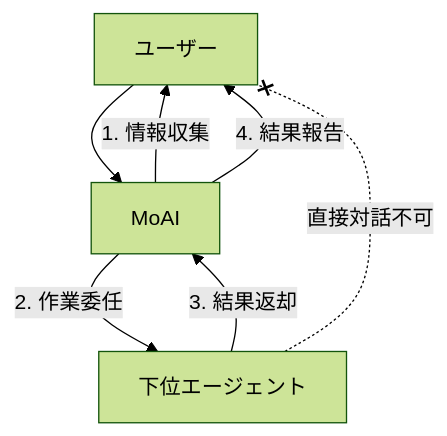
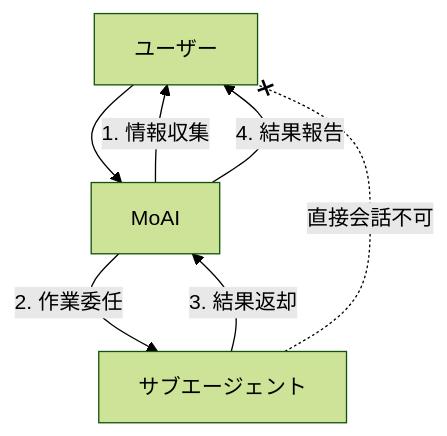
Before and after one commit to modu-ai/moai-adk: the second of 4 diagrams in docs-site/content/ja/advanced/claude-md-guide.md, drawn with Mermaid (forest theme). The commit also changed other lines of this file and 395 other files, not shown here.

````diff
--- a/docs-site/content/ja/advanced/claude-md-guide.md
+++ b/docs-site/content/ja/advanced/claude-md-guide.md
@@ -140,11 +144,11 @@
 ```mermaid
 flowchart TD
     USER["ユーザー"] --> MOAI["MoAI"]
     MOAI -->|"1. 情報収集"| USER
-    MOAI -->|"2. 作業委任"| AGENT["下位エージェント"]
+    MOAI -->|"2. 作業委任"| AGENT["サブエージェント"]
     AGENT -->|"3. 結果返却"| MOAI
     MOAI -->|"4. 結果報告"| USER
 
-    AGENT -.-x|"直接対話不可"| USER
+    AGENT -.-x|"直接会話不可"| USER
 
 ```
````
